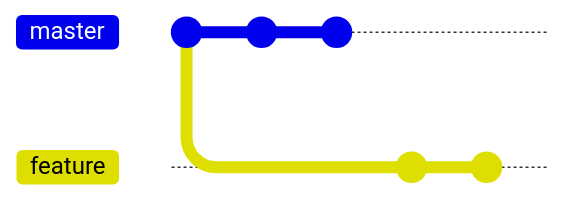
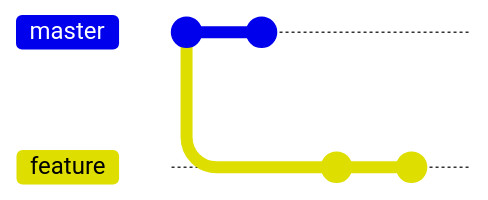
One commit to PonomaryovVladyslav/PythonCourses changed the diagram in assets/mermaid/git/rebase-1.mmd. Above: the diagram before and after it, drawn with Mermaid. The commit also changed 2 other files, not shown here. Commit ids are hidden.

```diff
--- a/assets/mermaid/git/rebase-1.mmd
+++ b/assets/mermaid/git/rebase-1.mmd
@@ -1,10 +1,9 @@
 %%{init: {'gitGraph': {'mainBranchName': 'master'}} }%%
 gitGraph
     commit id: "Initial commit"
     branch feature
     checkout master
-    commit
-    commit
+    commit id: "Second commit"
     checkout feature
-    commit
-    commit
+    commit id: "1st commit on feature"
+    commit id: "2nd commit on feature"
```
